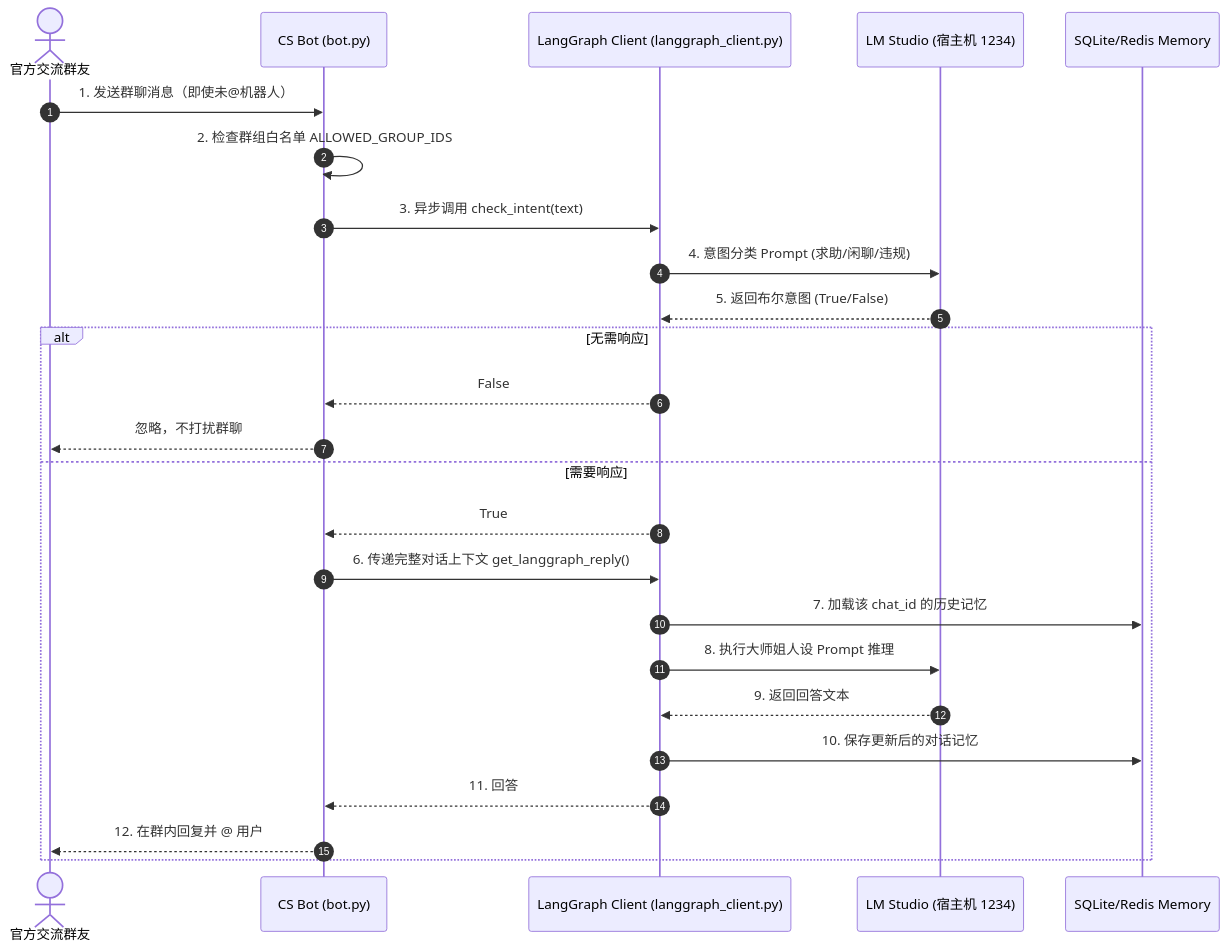
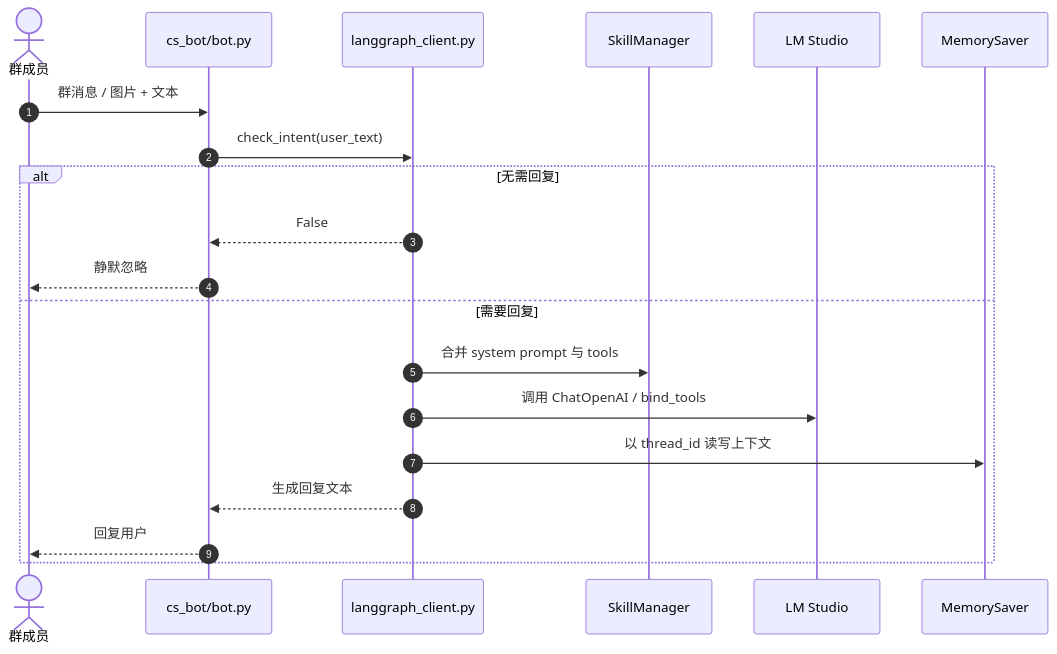
The diagram in docs/子模块_智能客服_cs_bot_agent.md (giraffu/All_bot), drawn with Mermaid before and after one commit. The commit also changed other lines of this file and 23 other files, not shown here.

````diff
--- a/docs/子模块_智能客服_cs_bot_agent.md
+++ b/docs/子模块_智能客服_cs_bot_agent.md
@@ -8,28 +13,23 @@
 ```mermaid
 sequenceDiagram
     autonumber
-    actor G as 官方交流群友
-    participant Bot as CS Bot (bot.py)
-    participant LG as LangGraph Client (langgraph_client.py)
-    participant LM as LM Studio (宿主机 1234)
-    participant Redis as SQLite/Redis Memory
+    actor G as 群成员
+    participant B as cs_bot/bot.py
+    participant LG as langgraph_client.py
+    participant SM as SkillManager
+    participant LM as LM Studio
+    participant MEM as MemorySaver
 
-    G->>Bot: 1. 发送群聊消息（即使未@机器人）
-    Bot->>Bot: 2. 检查群组白名单 ALLOWED_GROUP_IDS
-    Bot->>LG: 3. 异步调用 check_intent(text)
-    LG->>LM: 4. 意图分类 Prompt (求助/闲聊/违规)
-    LM-->>LG: 5. 返回布尔意图 (True/False)
-    alt 无需响应
-        LG-->>Bot: False
-        Bot-->>G: 忽略，不打扰群聊
-    else 需要响应
-        LG-->>Bot: True
-        Bot->>LG: 6. 传递完整对话上下文 get_langgraph_reply()
-        LG->>Redis: 7. 加载该 chat_id 的历史记忆
-        LG->>LM: 8. 执行大师姐人设 Prompt 推理
-        LM-->>LG: 9. 返回回答文本
-        LG->>Redis: 10. 保存更新后的对话记忆
-        LG-->>Bot: 11. 回答
-        Bot-->>G: 12. 在群内回复并 @ 用户
+    G->>B: 群消息 / 图片 + 文本
+    B->>LG: check_intent(user_text)
+    alt 无需回复
+        LG-->>B: False
+        B-->>G: 静默忽略
+    else 需要回复
+        LG->>SM: 合并 system prompt 与 tools
+        LG->>LM: 调用 ChatOpenAI / bind_tools
+        LG->>MEM: 以 thread_id 读写上下文
+        LG-->>B: 生成回复文本
+        B-->>G: 回复用户
     end
 ```
````
